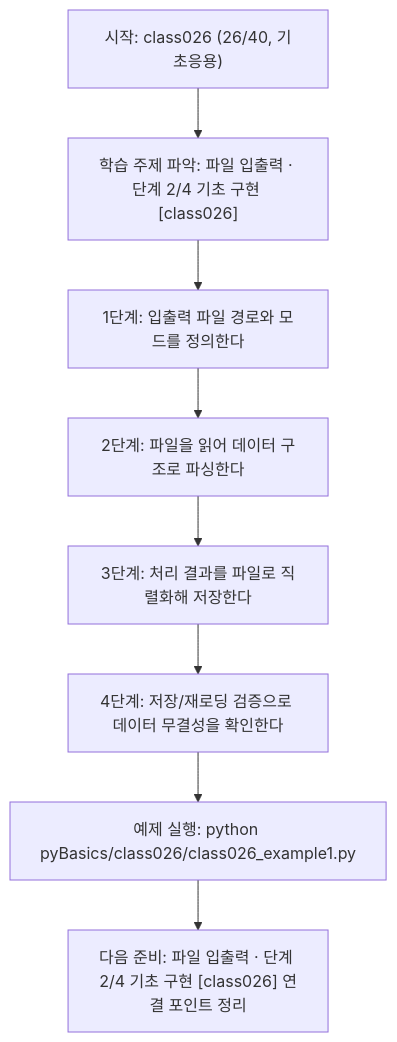
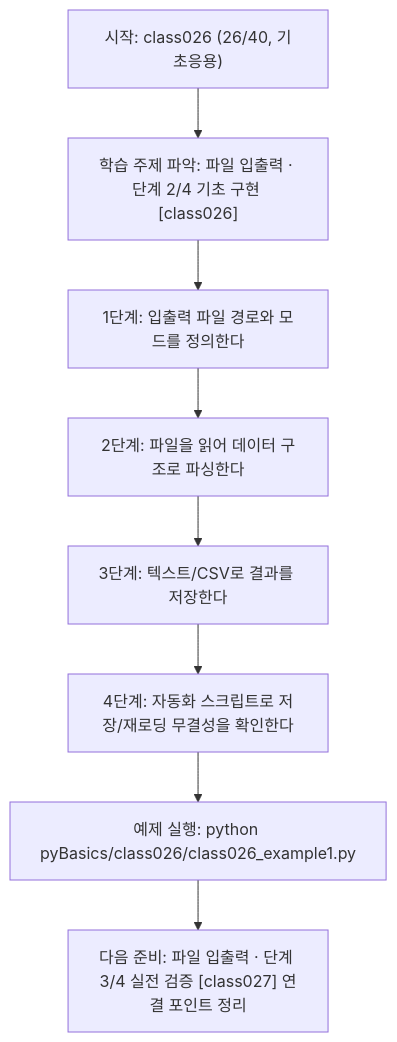
The diagram in pyBasics/class026/class026.md (edumgt/Python-AI_Agent-Class), drawn with Mermaid before and after one commit. The commit also changed other lines of this file and 2370 other files, not shown here.

````diff
--- a/pyBasics/class026/class026.md
+++ b/pyBasics/class026/class026.md
@@ -109,18 +91,18 @@
 ```mermaid
 flowchart TD
 N1["시작: class026 (26/40, 기초응용)"]
 N2["학습 주제 파악: 파일 입출력 · 단계 2/4 기초 구현 [class026]"]
 N3["1단계: 입출력 파일 경로와 모드를 정의한다"]
 N4["2단계: 파일을 읽어 데이터 구조로 파싱한다"]
-N5["3단계: 처리 결과를 파일로 직렬화해 저장한다"]
-N6["4단계: 저장/재로딩 검증으로 데이터 무결성을 확인한다"]
+N5["3단계: 텍스트/CSV로 결과를 저장한다"]
+N6["4단계: 자동화 스크립트로 저장/재로딩 무결성을 확인한다"]
 N7["예제 실행: python pyBasics/class026/class026_example1.py"]
-N8["다음 준비: 파일 입출력 · 단계 2/4 기초 구현 [class026] 연결 포인트 정리"]
+N8["다음 준비: 파일 입출력 · 단계 3/4 실전 검증 [class027] 연결 포인트 정리"]
 N1 --> N2
 N2 --> N3
 N3 --> N4
 N4 --> N5
 N5 --> N6
 N6 --> N7
 N7 --> N8
 ```
````
